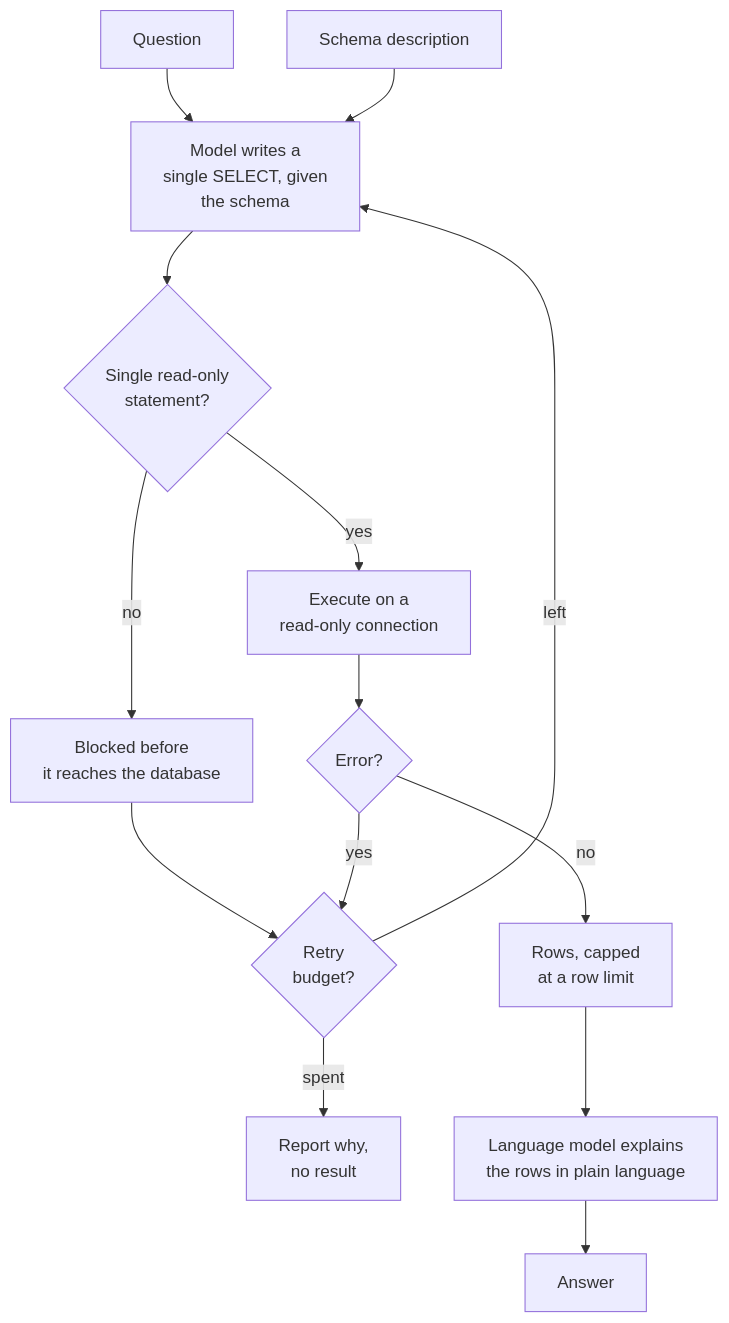
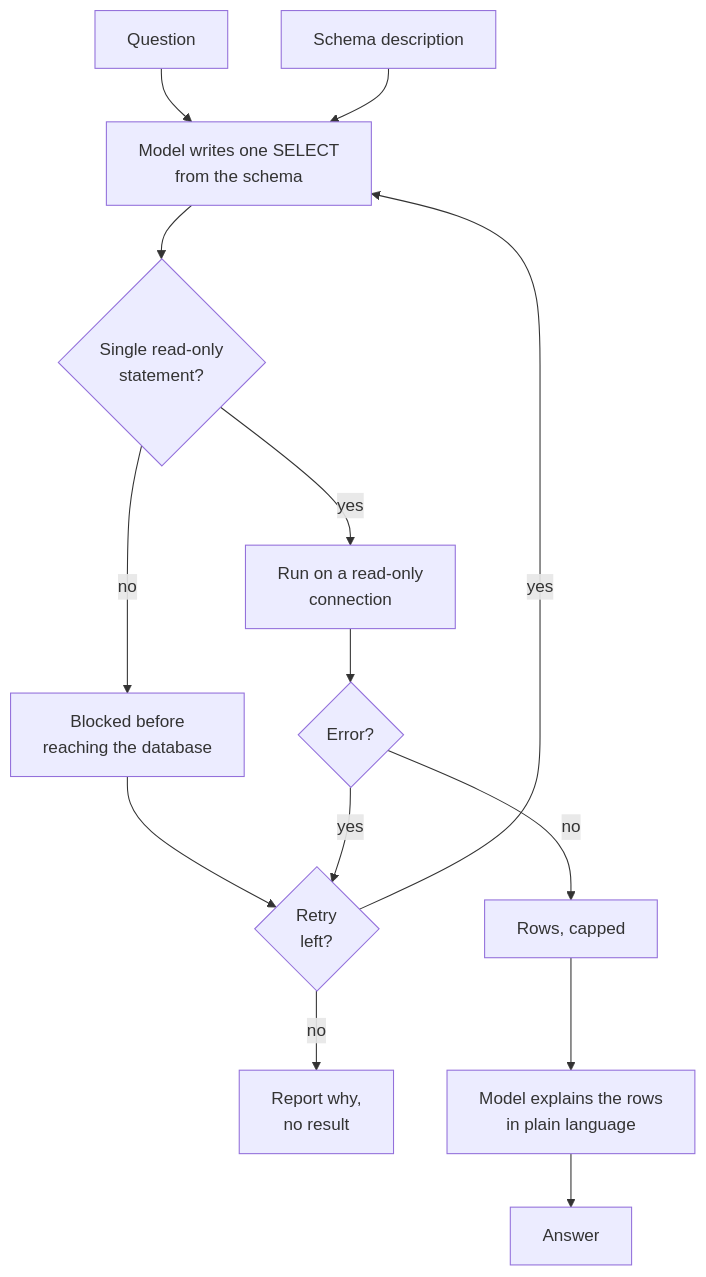
Before and after one commit to jjaaxx44/genai-personal-lab-rag: the second of 2 diagrams in app/demos/rag/sql_rag/README.md, drawn with Mermaid. The commit also changed other lines of this file and 32 other files, not shown here.

````diff
--- a/app/demos/rag/sql_rag/README.md
+++ b/app/demos/rag/sql_rag/README.md
@@ -27,16 +19,16 @@
 ```mermaid
 flowchart TD
-  Q["Question"] --> W["Model writes a<br/>single SELECT, given<br/>the schema"]
+  Q["Question"] --> W["Model writes one SELECT<br/>from the schema"]
   S["Schema description"] --> W
   W --> C{"Single read-only<br/>statement?"}
-  C -->|"no"| B["Blocked before<br/>it reaches the database"]
-  B --> R{"Retry<br/>budget?"}
-  C -->|"yes"| X["Execute on a<br/>read-only connection"]
+  C -->|"no"| B["Blocked before<br/>reaching the database"]
+  B --> R{"Retry<br/>left?"}
+  C -->|"yes"| X["Run on a read-only<br/>connection"]
   X --> E{"Error?"}
   E -->|"yes"| R
-  R -->|"left"| W
-  R -->|"spent"| F["Report why,<br/>no result"]
-  E -->|"no"| ROWS["Rows, capped<br/>at a row limit"]
-  ROWS --> L["Language model explains<br/>the rows in plain language"]
+  R -->|"yes"| W
+  R -->|"no"| F["Report why,<br/>no result"]
+  E -->|"no"| ROWS["Rows, capped"]
+  ROWS --> L["Model explains the rows<br/>in plain language"]
   L --> A["Answer"]
 ```
````
